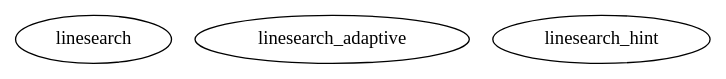
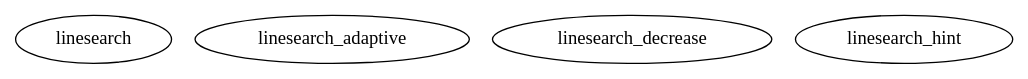
One commit to NicolasBoumal/manopt changed the diagram in web/reference/manopt/solvers/linesearch/graph.dot. Above: the diagram before and after it, drawn with Graphviz. The commit also changed 359 other files, not shown here.

```diff
--- a/web/reference/manopt/solvers/linesearch/graph.dot
+++ b/web/reference/manopt/solvers/linesearch/graph.dot
@@ -1,7 +1,8 @@
 /* Created by mdot for Matlab */
 digraph m2html {
 
   linesearch [URL="linesearch.html"];
   linesearch_adaptive [URL="linesearch_adaptive.html"];
+  linesearch_decrease [URL="linesearch_decrease.html"];
   linesearch_hint [URL="linesearch_hint.html"];
 }
```
